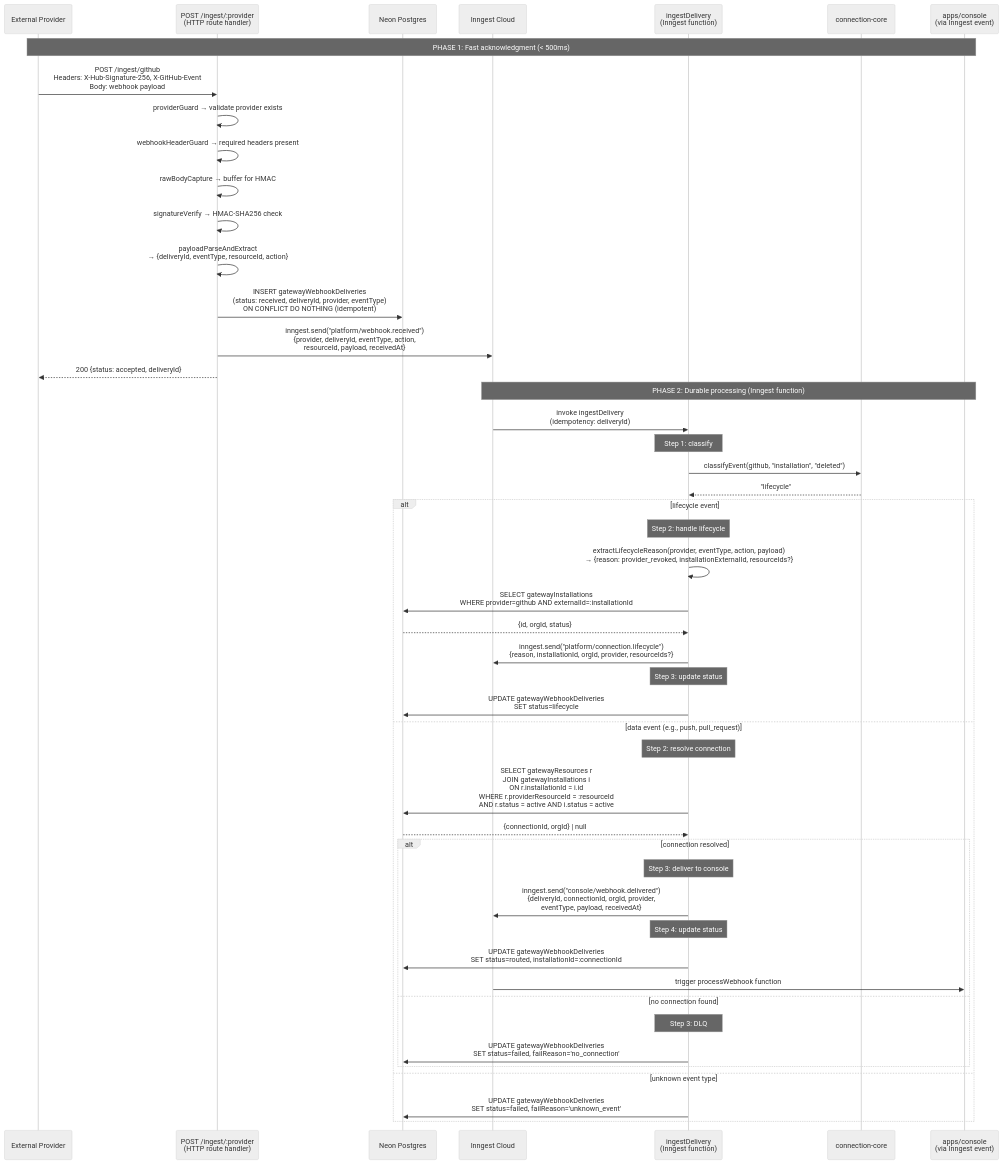
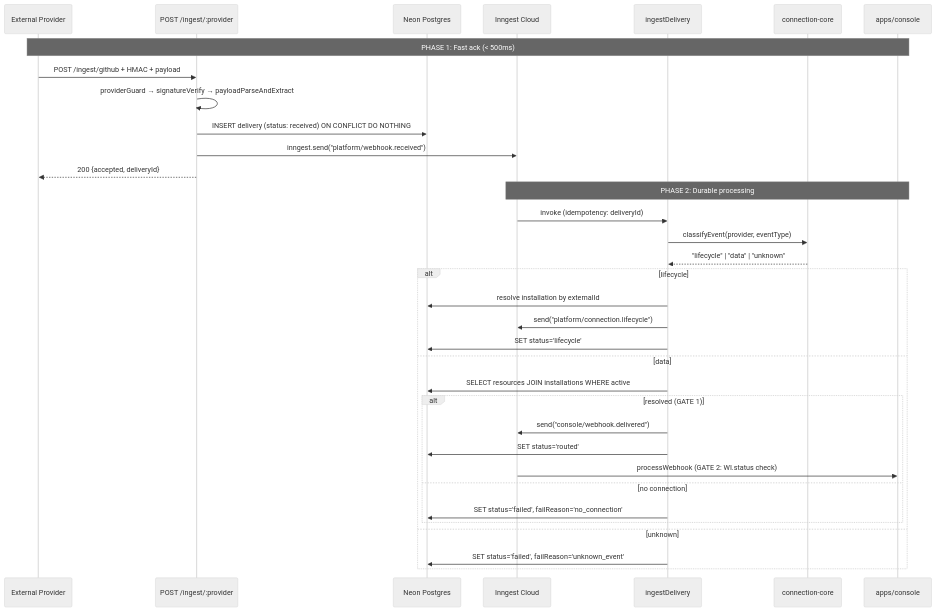
One commit to lightfastai/lightfast changed the second of 8 diagrams in thoughts/shared/plans/2026-03-18-platform-architecture-redesign.md. Above: the diagram before and after it, drawn with Mermaid (neutral theme). The commit also changed other lines of this file, not shown here.

First line of the commit message:
docs(thoughts): rework platform architecture plan — gate-first, health-aware, zero-race

````diff
--- a/thoughts/shared/plans/2026-03-18-platform-architecture-redesign.md
+++ b/thoughts/shared/plans/2026-03-18-platform-architecture-redesign.md
@@ -175,67 +238,42 @@
 ```mermaid
 sequenceDiagram
     participant EXT as External Provider
-    participant ROUTE as POST /ingest/:provider<br/>(HTTP route handler)
+    participant ROUTE as POST /ingest/:provider
     participant DB as Neon Postgres
     participant INN as Inngest Cloud
-    participant FN as ingestDelivery<br/>(Inngest function)
+    participant FN as ingestDelivery
     participant CORE as connection-core
-    participant CONSOLE as apps/console<br/>(via Inngest event)
+    participant CONSOLE as apps/console
 
-    Note over EXT,CONSOLE: PHASE 1: Fast acknowledgment (< 500ms)
+    Note over EXT,CONSOLE: PHASE 1: Fast ack (< 500ms)
 
-    EXT->>ROUTE: POST /ingest/github<br/>Headers: X-Hub-Signature-256, X-GitHub-Event<br/>Body: webhook payload
-    ROUTE->>ROUTE: providerGuard → validate provider exists
-    ROUTE->>ROUTE: webhookHeaderGuard → required headers present
-    ROUTE->>ROUTE: rawBodyCapture → buffer for HMAC
-    ROUTE->>ROUTE: signatureVerify → HMAC-SHA256 check
-    ROUTE->>ROUTE: payloadParseAndExtract<br/>→ {deliveryId, eventType, resourceId, action}
+    EXT->>ROUTE: POST /ingest/github + HMAC + payload
+    ROUTE->>ROUTE: providerGuard → signatureVerify → payloadParseAndExtract
+    ROUTE->>DB: INSERT delivery (status: received) ON CONFLICT DO NOTHING
+    ROUTE->>INN: inngest.send("platform/webhook.received")
+    ROUTE-->>EXT: 200 {accepted, deliveryId}
 
-    ROUTE->>DB: INSERT gatewayWebhookDeliveries<br/>(status: received, deliveryId, provider, eventType)<br/>ON CONFLICT DO NOTHING (idempotent)
+    Note over INN,CONSOLE: PHASE 2: Durable processing
 
-    ROUTE->>INN: inngest.send("platform/webhook.received")<br/>{provider, deliveryId, eventType, action,<br/>resourceId, payload, receivedAt}
+    INN->>FN: invoke (idempotency: deliveryId)
 
-    ROUTE-->>EXT: 200 {status: accepted, deliveryId}
+    FN->>CORE: classifyEvent(provider, eventType)
+    CORE-->>FN: "lifecycle" | "data" | "unknown"
 
-    Note over INN,CONSOLE: PHASE 2: Durable processing (Inngest function)
-
-    INN->>FN: invoke ingestDelivery<br/>(idempotency: deliveryId)
-
-    Note over FN: Step 1: classify
-    FN->>CORE: classifyEvent(github, "installation", "deleted")
-    CORE-->>FN: "lifecycle"
-
-    alt lifecycle event
-        Note over FN: Step 2: handle lifecycle
-        FN->>FN: extractLifecycleReason(provider, eventType, action, payload)<br/>→ {reason: provider_revoked, installationExternalId, resourceIds?}
-        FN->>DB: SELECT gatewayInstallations<br/>WHERE provider=github AND externalId=:installationId
-        DB-->>FN: {id, orgId, status}
-
-        FN->>INN: inngest.send("platform/connection.lifecycle")<br/>{reason, installationId, orgId, provider, resourceIds?}
-
-        Note over FN: Step 3: update status
-        FN->>DB: UPDATE gatewayWebhookDeliveries<br/>SET status=lifecycle
-
-    else data event (e.g., push, pull_request)
-        Note over FN: Step 2: resolve connection
-        FN->>DB: SELECT gatewayResources r<br/>JOIN gatewayInstallations i<br/>ON r.installationId = i.id<br/>WHERE r.providerResourceId = :resourceId<br/>AND r.status = active AND i.status = active
-        DB-->>FN: {connectionId, orgId} | null
-
-        alt connection resolved
-            Note over FN: Step 3: deliver to console
-            FN->>INN: inngest.send("console/webhook.delivered")<br/>{deliveryId, connectionId, orgId, provider,<br/>eventType, payload, receivedAt}
-
-            Note over FN: Step 4: update status
-            FN->>DB: UPDATE gatewayWebhookDeliveries<br/>SET status=routed, installationId=:connectionId
-
-            INN->>CONSOLE: trigger processWebhook function
-
-        else no connection found
-            Note over FN: Step 3: DLQ
-            FN->>DB: UPDATE gatewayWebhookDeliveries<br/>SET status=failed, failReason='no_connection'
+    alt lifecycle
+        FN->>DB: resolve installation by externalId
+        FN->>INN: send("platform/connection.lifecycle")
+        FN->>DB: SET status='lifecycle'
+    else data
+        FN->>DB: SELECT resources JOIN installations WHERE active
+        alt resolved (GATE 1)
+            FN->>INN: send("console/webhook.delivered")
+            FN->>DB: SET status='routed'
+            INN->>CONSOLE: processWebhook (GATE 2: WI.status check)
+        else no connection
+            FN->>DB: SET status='failed', failReason='no_connection'
         end
-
-    else unknown event type
-        FN->>DB: UPDATE gatewayWebhookDeliveries<br/>SET status=failed, failReason='unknown_event'
+    else unknown
+        FN->>DB: SET status='failed', failReason='unknown_event'
     end
 ```
````
